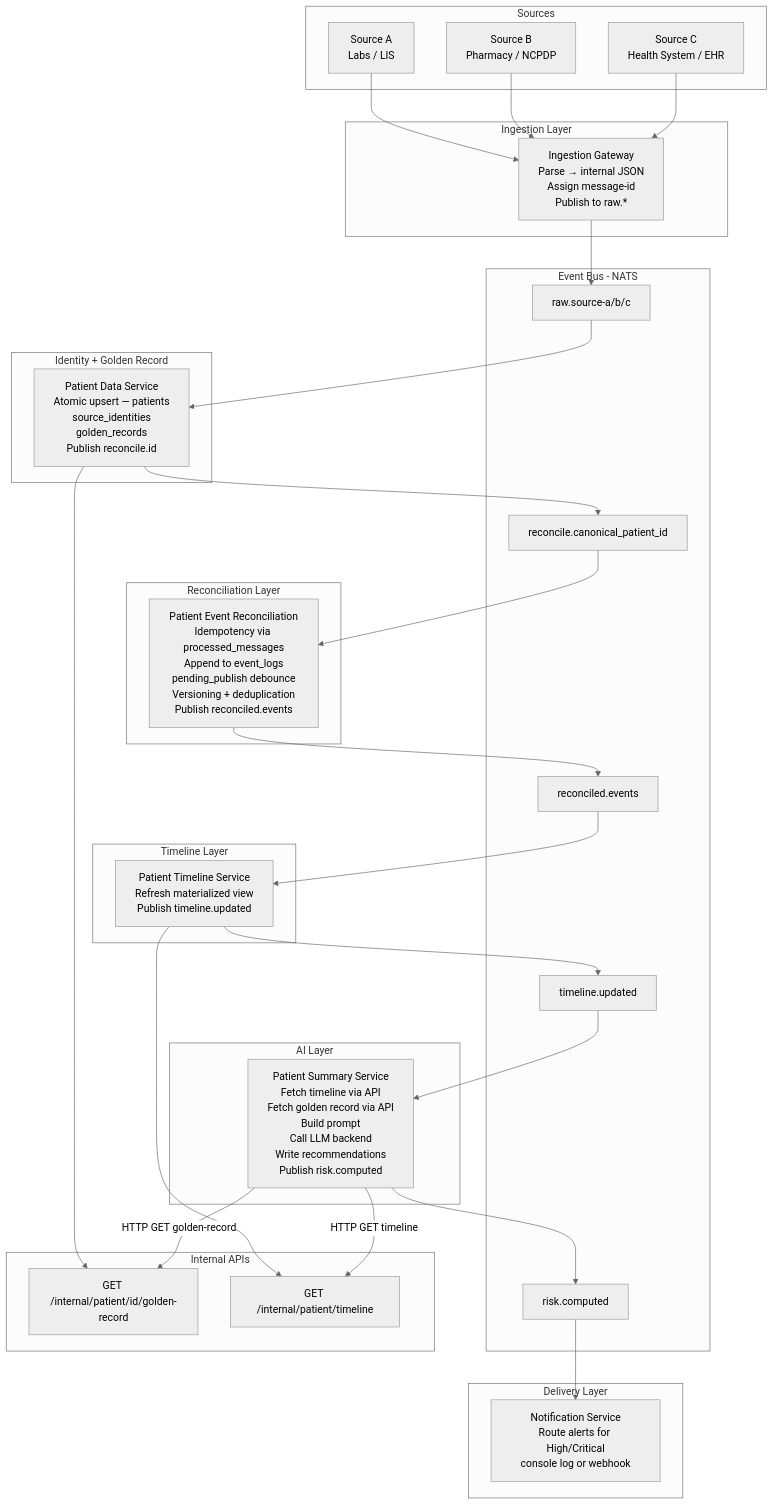
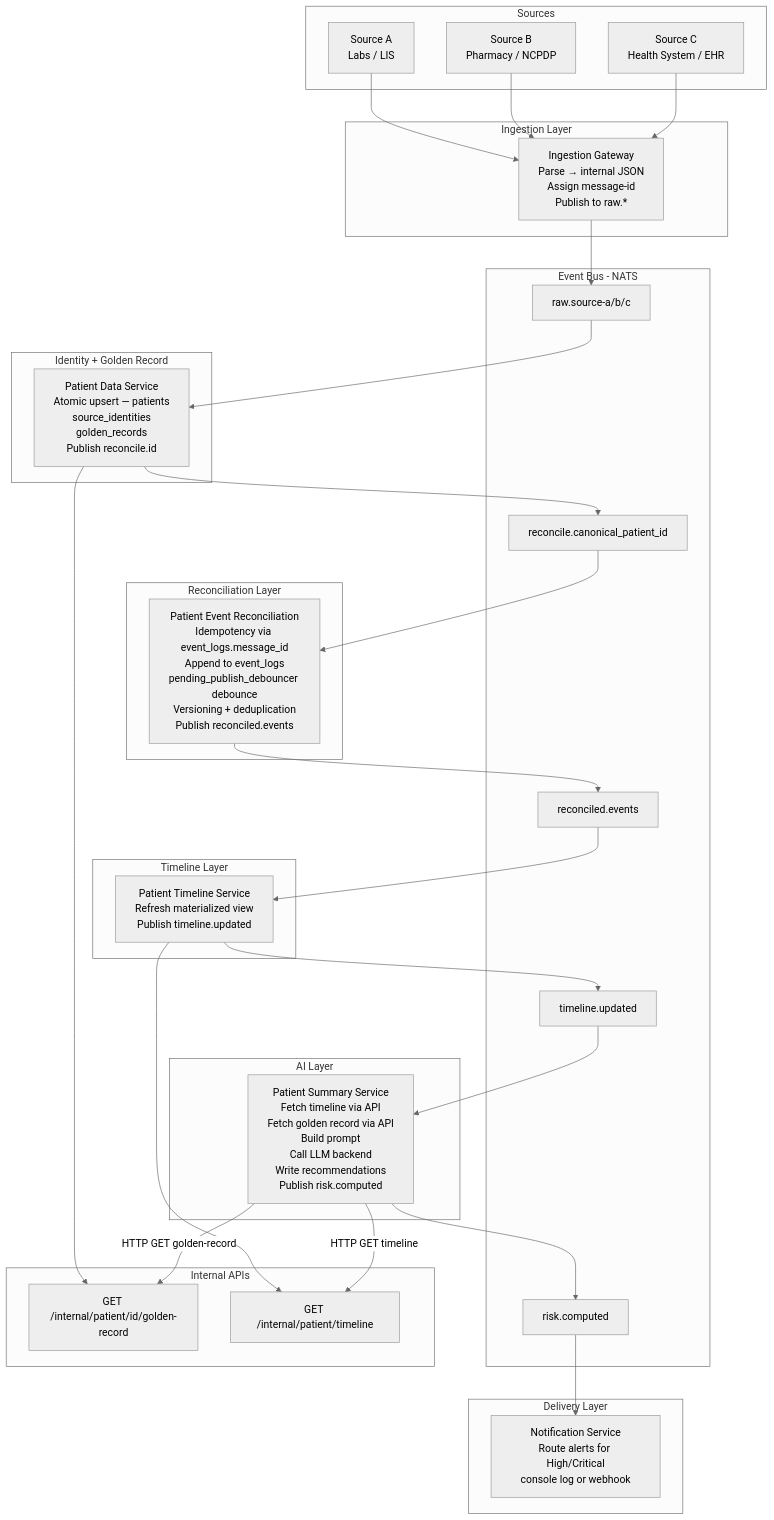
One commit to xliang01dev/healthcare-processing-prototype changed the diagram in sdlc/plans/mvp-architecture.md. Above: the diagram before and after it, drawn with Mermaid (neutral theme). The commit also changed other lines of this file and 8 other files, not shown here.

Commit message:
Implement reconciliation from event log stream

````diff
--- a/sdlc/plans/mvp-architecture.md
+++ b/sdlc/plans/mvp-architecture.md
@@ -524,66 +527,66 @@
 ```mermaid
 flowchart TD
     subgraph Sources
         A1[Source A\nLabs / LIS]
         A2[Source B\nPharmacy / NCPDP]
         A3[Source C\nHealth System / EHR]
     end
 
     subgraph Ingestion Layer
         IG[Ingestion Gateway\nParse → internal JSON\nAssign message-id\nPublish to raw.*]
     end
 
     subgraph Identity + Golden Record
         PD[Patient Data Service\nAtomic upsert — patients\nsource_identities\ngolden_records\nPublish reconcile.id]
     end
 
     subgraph Event Bus - NATS
         T1[raw.source-a/b/c]
         T2[reconcile.canonical_patient_id]
         T3[reconciled.events]
         T4[timeline.updated]
         T5[risk.computed]
     end
 
     subgraph Reconciliation Layer
-        RE[Patient Event Reconciliation\nIdempotency via processed_messages\nAppend to event_logs\npending_publish debounce\nVersioning + deduplication\nPublish reconciled.events]
+        RE[Patient Event Reconciliation\nIdempotency via event_logs.message_id\nAppend to event_logs\npending_publish_debouncer debounce\nVersioning + deduplication\nPublish reconciled.events]
     end
 
     subgraph Timeline Layer
         PT[Patient Timeline Service\nRefresh materialized view\nPublish timeline.updated]
     end
 
     subgraph AI Layer
         PS[Patient Summary Service\nFetch timeline via API\nFetch golden record via API\nBuild prompt\nCall LLM backend\nWrite recommendations\nPublish risk.computed]
     end
 
     subgraph Delivery Layer
         NS[Notification Service\nRoute alerts for High/Critical\nconsole log or webhook]
     end
 
     subgraph Internal APIs
         PD_API[GET /internal/patient/id/golden-record]
         PT_API[GET /internal/patient/timeline]
     end
 
     A1 --> IG
     A2 --> IG
     A3 --> IG
 
     IG --> T1
     T1 --> PD
     PD --> T2
     T2 --> RE
     RE --> T3
     T3 --> PT
     PT --> T4
     T4 --> PS
 
     PD --> PD_API
     PT --> PT_API
     PS -->|HTTP GET golden-record| PD_API
     PS -->|HTTP GET timeline| PT_API
 
     PS --> T5
     T5 --> NS
 ```
````
